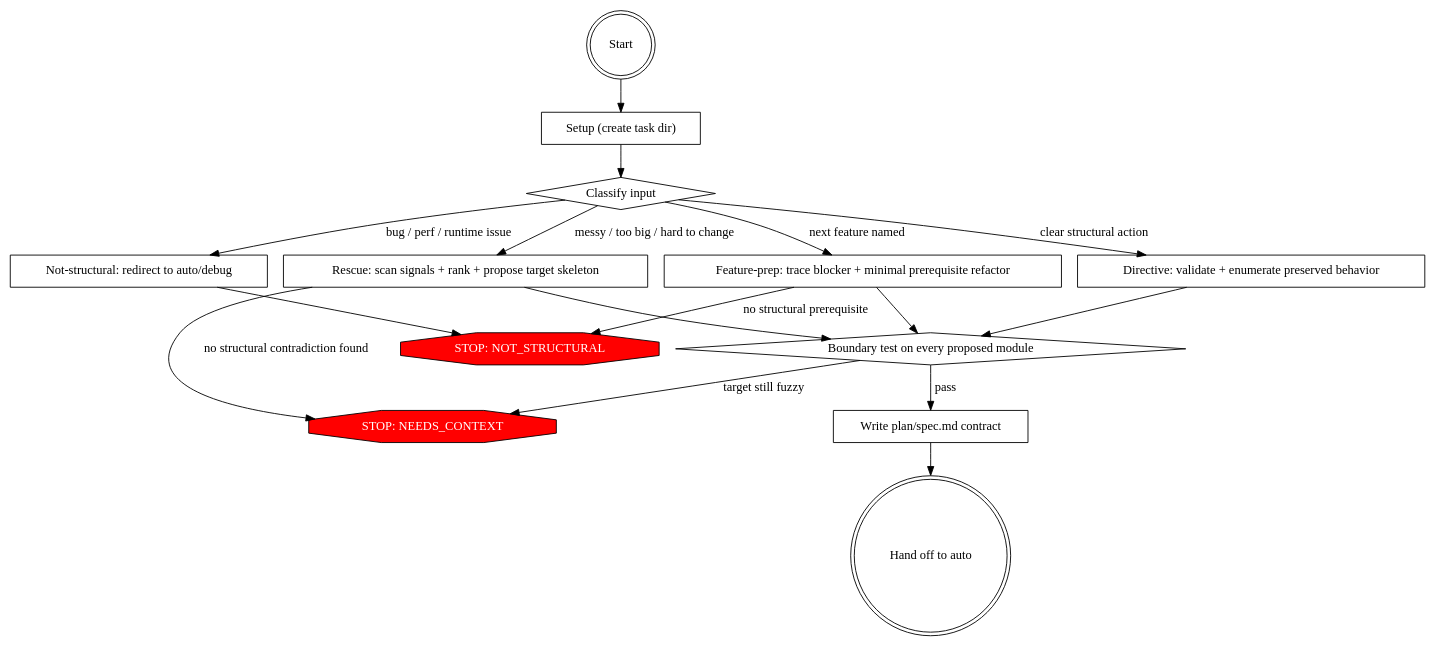
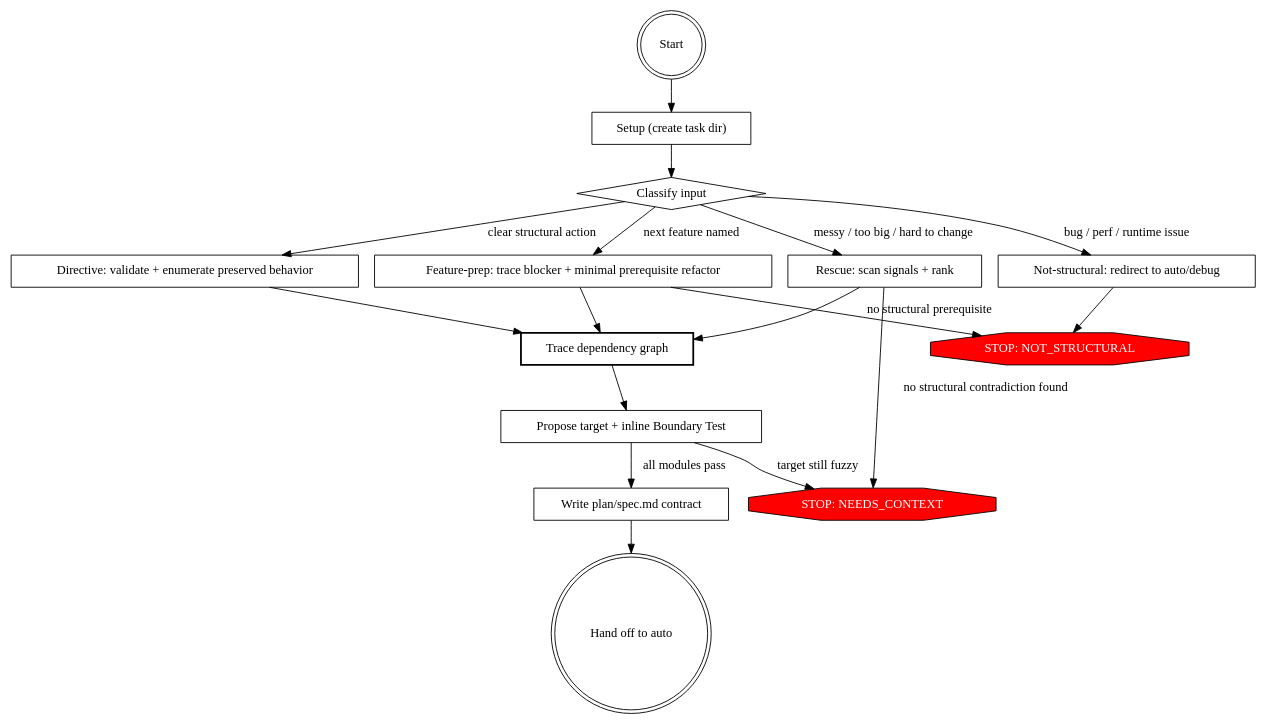
One commit to tryship/ship changed the diagram in skills/refactor/SKILL.md. Above: the diagram before and after it, drawn with Graphviz. The commit also changed other lines of this file, not shown here.

First line of the commit message:
feat(refactor): add investigation phase to fix root cause of bad target structures

````diff
--- a/skills/refactor/SKILL.md
+++ b/skills/refactor/SKILL.md
@@ -66,34 +66,36 @@
 ```dot
 digraph refactor {
     rankdir=TB;
 
     "Start" [shape=doublecircle];
     "Setup (create task dir)" [shape=box];
     "Classify input" [shape=diamond];
     "Directive: validate + enumerate preserved behavior" [shape=box];
     "Feature-prep: trace blocker + minimal prerequisite refactor" [shape=box];
-    "Rescue: scan signals + rank + propose target skeleton" [shape=box];
+    "Rescue: scan signals + rank" [shape=box];
     "Not-structural: redirect to auto/debug" [shape=box];
-    "Boundary test on every proposed module" [shape=diamond];
+    "Trace dependency graph" [shape=box, style=bold];
+    "Propose target + inline Boundary Test" [shape=box];
     "Write plan/spec.md contract" [shape=box];
     "Hand off to auto" [shape=doublecircle];
     "STOP: NEEDS_CONTEXT" [shape=octagon, style=filled, fillcolor=red, fontcolor=white];
     "STOP: NOT_STRUCTURAL" [shape=octagon, style=filled, fillcolor=red, fontcolor=white];
 
     "Start" -> "Setup (create task dir)";
     "Setup (create task dir)" -> "Classify input";
     "Classify input" -> "Directive: validate + enumerate preserved behavior" [label="clear structural action"];
     "Classify input" -> "Feature-prep: trace blocker + minimal prerequisite refactor" [label="next feature named"];
-    "Classify input" -> "Rescue: scan signals + rank + propose target skeleton" [label="messy / too big / hard to change"];
+    "Classify input" -> "Rescue: scan signals + rank" [label="messy / too big / hard to change"];
     "Classify input" -> "Not-structural: redirect to auto/debug" [label="bug / perf / runtime issue"];
-    "Directive: validate + enumerate preserved behavior" -> "Boundary test on every proposed module";
-    "Feature-prep: trace blocker + minimal prerequisite refactor" -> "Boundary test on every proposed module";
+    "Directive: validate + enumerate preserved behavior" -> "Trace dependency graph";
+    "Feature-prep: trace blocker + minimal prerequisite refactor" -> "Trace dependency graph";
     "Feature-prep: trace blocker + minimal prerequisite refactor" -> "STOP: NOT_STRUCTURAL" [label="no structural prerequisite"];
-    "Rescue: scan signals + rank + propose target skeleton" -> "Boundary test on every proposed module";
-    "Rescue: scan signals + rank + propose target skeleton" -> "STOP: NEEDS_CONTEXT" [label="no structural contradiction found"];
+    "Rescue: scan signals + rank" -> "Trace dependency graph";
+    "Rescue: scan signals + rank" -> "STOP: NEEDS_CONTEXT" [label="no structural contradiction found"];
     "Not-structural: redirect to auto/debug" -> "STOP: NOT_STRUCTURAL";
-    "Boundary test on every proposed module" -> "Write plan/spec.md contract" [label="pass"];
-    "Boundary test on every proposed module" -> "STOP: NEEDS_CONTEXT" [label="target still fuzzy"];
+    "Trace dependency graph" -> "Propose target + inline Boundary Test";
+    "Propose target + inline Boundary Test" -> "Write plan/spec.md contract" [label="all modules pass"];
+    "Propose target + inline Boundary Test" -> "STOP: NEEDS_CONTEXT" [label="target still fuzzy"];
     "Write plan/spec.md contract" -> "Hand off to auto";
 }
 ```
````
